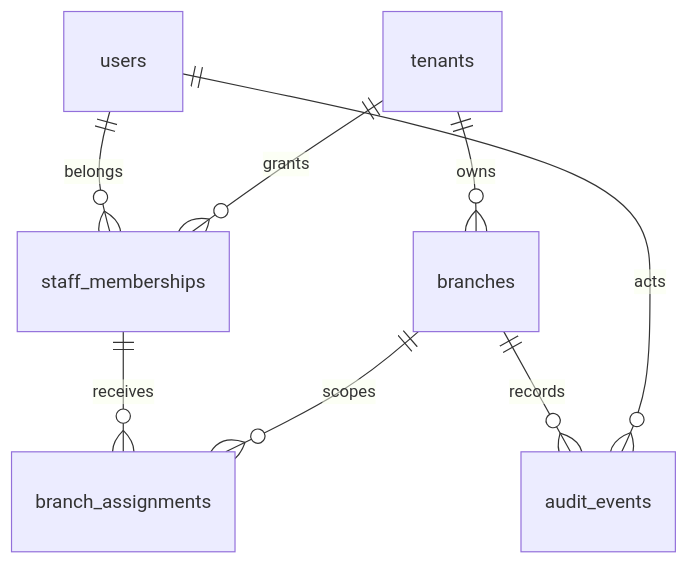
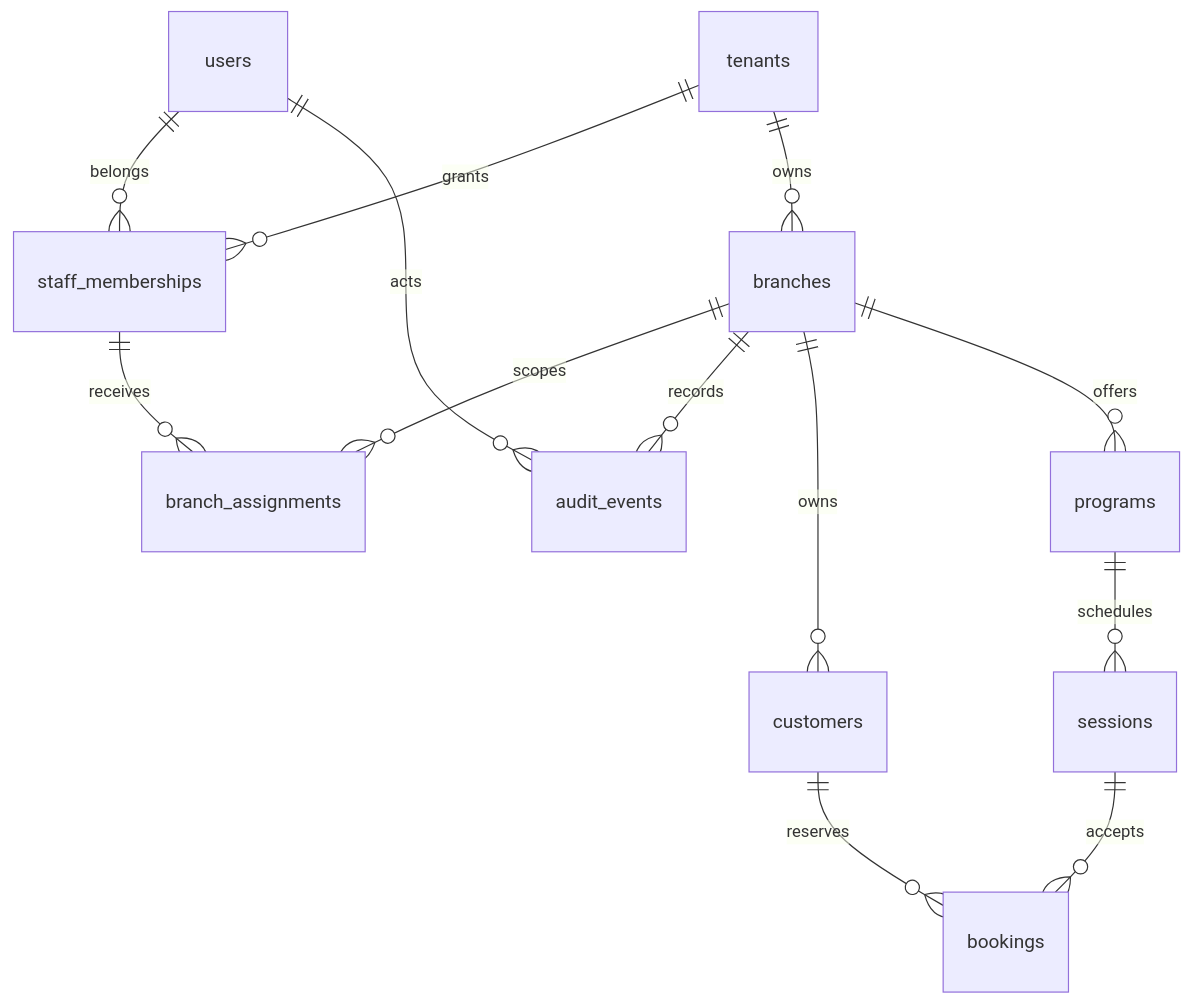
Before and after one commit to jaejinu/aismall: the second of 2 diagrams in docs/ARCHITECTURE.md, drawn with Mermaid. The commit also changed other lines of this file and 11 other files, not shown here.

````diff
--- a/docs/ARCHITECTURE.md
+++ b/docs/ARCHITECTURE.md
@@ -38,10 +38,15 @@
 ```mermaid
 erDiagram
   users ||--o{ staff_memberships : belongs
   tenants ||--o{ staff_memberships : grants
   tenants ||--o{ branches : owns
   staff_memberships ||--o{ branch_assignments : receives
   branches ||--o{ branch_assignments : scopes
   branches ||--o{ audit_events : records
   users ||--o{ audit_events : acts
+  branches ||--o{ customers : owns
+  branches ||--o{ programs : offers
+  programs ||--o{ sessions : schedules
+  sessions ||--o{ bookings : accepts
+  customers ||--o{ bookings : reserves
 ```
````
